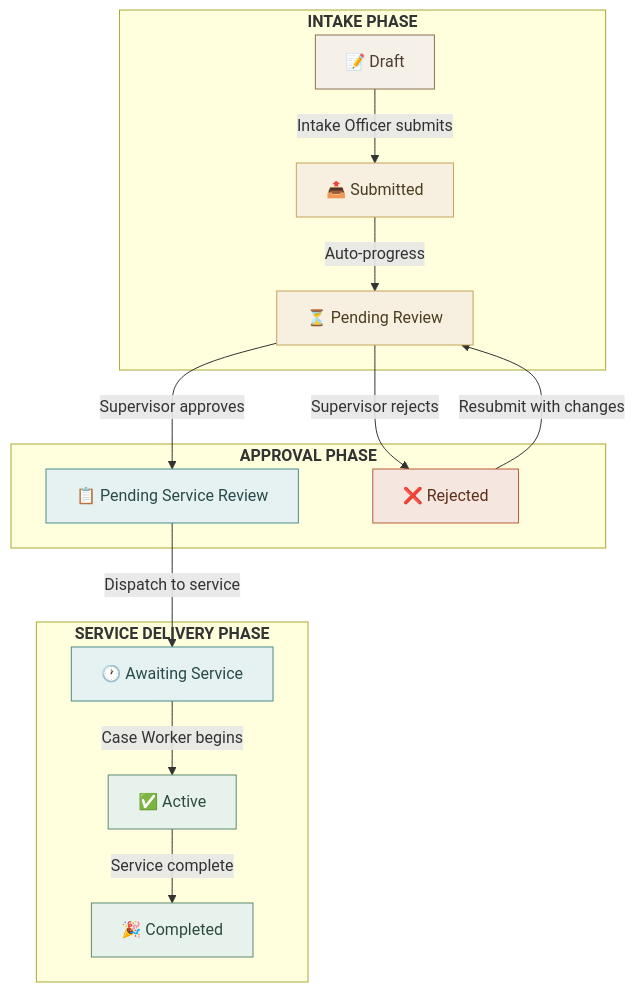
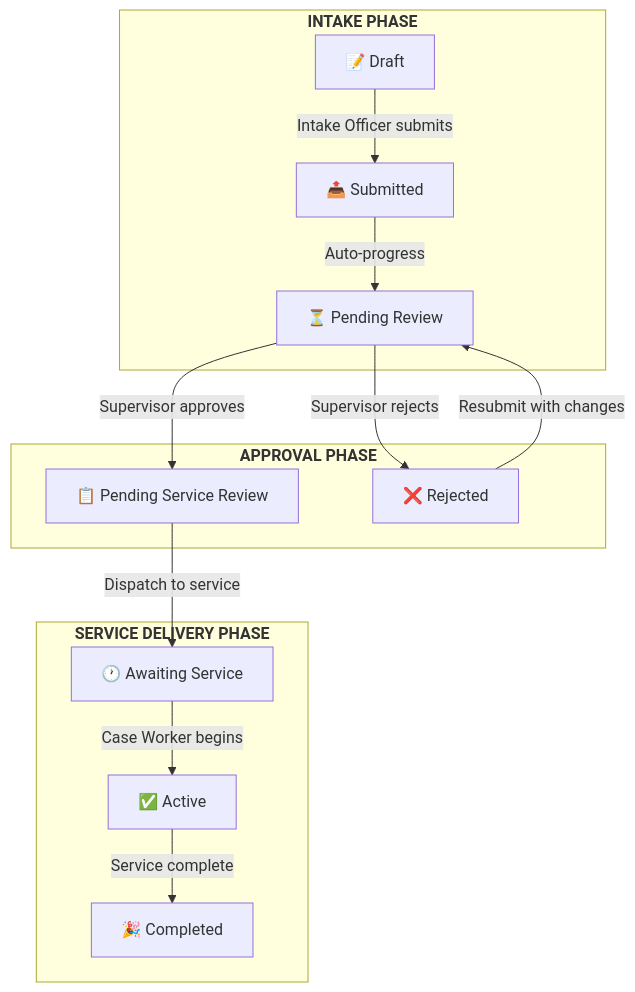
Before and after one commit to manaaki-tech/manaakicare-docs: the first of 8 diagrams in docs/getting-started/workflow-overview.mdx, drawn with Mermaid. The commit also changed other lines of this file and 4 other files, not shown here.

````diff
--- a/docs/getting-started/workflow-overview.mdx
+++ b/docs/getting-started/workflow-overview.mdx
@@ -21,37 +21,29 @@
 ```mermaid
 flowchart TB
     subgraph intake["<b>INTAKE PHASE</b>"]
         draft["📝 Draft"]
         submitted["📤 Submitted"]
         pending_review["⏳ Pending Review"]
     end
 
     subgraph approval["<b>APPROVAL PHASE</b>"]
         pending_service["📋 Pending Service Review"]
         rejected["❌ Rejected"]
     end
 
     subgraph delivery["<b>SERVICE DELIVERY PHASE</b>"]
         awaiting["🕐 Awaiting Service"]
         active["✅ Active"]
         completed["🎉 Completed"]
     end
 
     draft -->|"Intake Officer submits"| submitted
     submitted -->|"Auto-progress"| pending_review
     pending_review -->|"Supervisor approves"| pending_service
     pending_review -->|"Supervisor rejects"| rejected
     rejected -->|"Resubmit with changes"| pending_review
     pending_service -->|"Dispatch to service"| awaiting
     awaiting -->|"Case Worker begins"| active
     active -->|"Service complete"| completed
 
-    style draft fill:#F5F0E8,stroke:#8B7355,color:#4A3D30
-    style submitted fill:#F7F0E0,stroke:#C4A35A,color:#4A3D20
-    style pending_review fill:#F7F0E0,stroke:#C4A35A,color:#4A3D20
-    style pending_service fill:#E6F2F2,stroke:#4A8B8C,color:#2A4A4A
-    style rejected fill:#F5E6E0,stroke:#B85C38,color:#5C2E1A
-    style awaiting fill:#E6F2F2,stroke:#4A8B8C,color:#2A4A4A
-    style active fill:#E8F2EC,stroke:#5C8A72,color:#2D4A3E
-    style completed fill:#E8F2EC,stroke:#5C8A72,color:#2D4A3E
 ```
````
